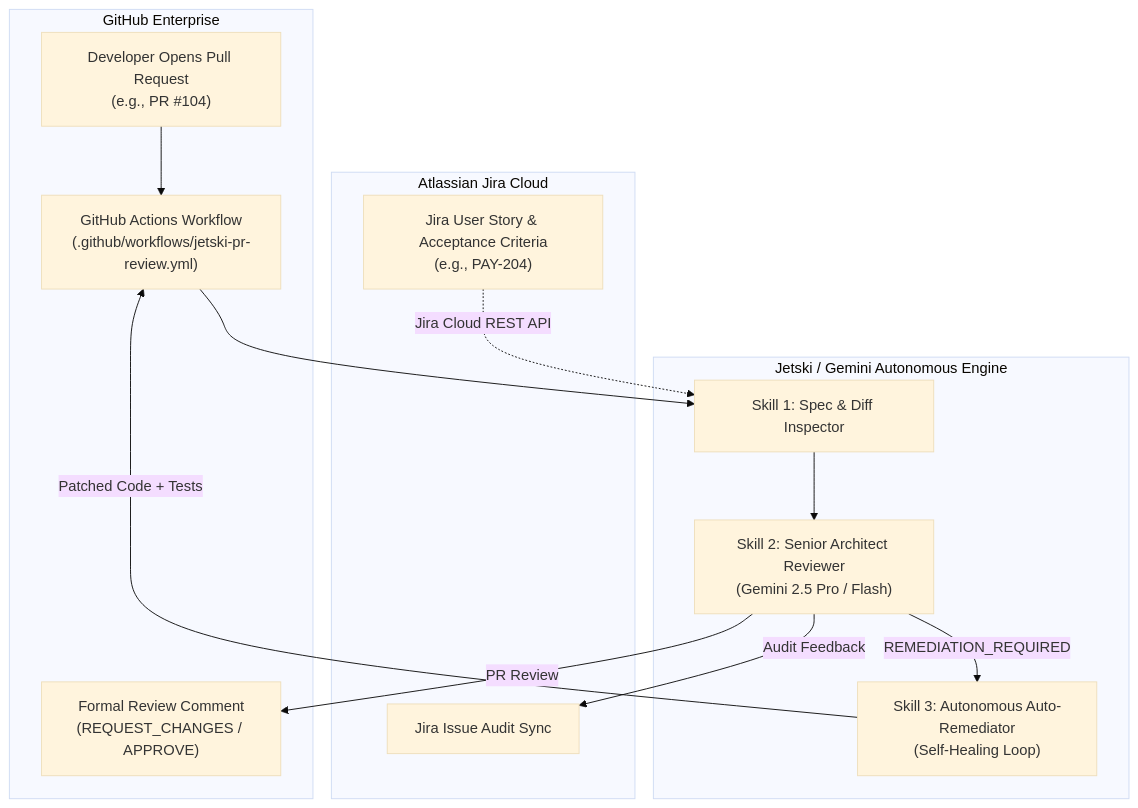
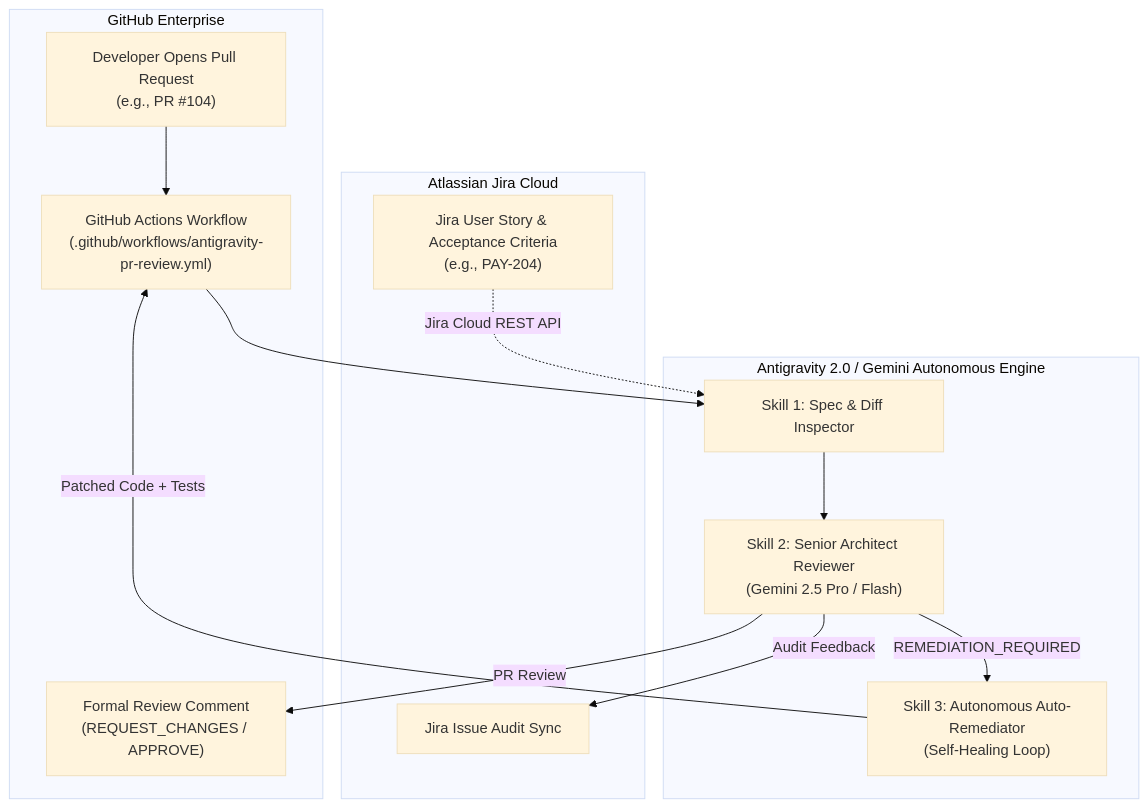
One commit to tuts2024/agy-demo changed the diagram in DEPLOYMENT_GUIDE.md. Above: the diagram before and after it, drawn with Mermaid (base theme). The commit also changed other lines of this file and 14 other files, not shown here.

Commit message:
chore: replace all branding and references from jetski to Antigravity 2.0

````diff
--- a/DEPLOYMENT_GUIDE.md
+++ b/DEPLOYMENT_GUIDE.md
@@ -9,28 +9,28 @@
 ```mermaid
 flowchart TD
     subgraph GitHub["GitHub Enterprise"]
         PR["Developer Opens Pull Request<br/>(e.g., PR #104)"]
-        GHA["GitHub Actions Workflow<br/>(.github/workflows/jetski-pr-review.yml)"]
+        GHA["GitHub Actions Workflow<br/>(.github/workflows/antigravity-pr-review.yml)"]
         PR_COMMENT["Formal Review Comment<br/>(REQUEST_CHANGES / APPROVE)"]
     end
 
     subgraph Atlassian["Atlassian Jira Cloud"]
         JIRA["Jira User Story & Acceptance Criteria<br/>(e.g., PAY-204)"]
         JIRA_COMMENT["Jira Issue Audit Sync"]
     end
 
-    subgraph Agent["Jetski / Gemini Autonomous Engine"]
+    subgraph Agent["Antigravity 2.0 / Gemini Autonomous Engine"]
         INSPECTOR["Skill 1: Spec & Diff Inspector"]
         ARCHITECT["Skill 2: Senior Architect Reviewer<br/>(Gemini 2.5 Pro / Flash)"]
         REMEDIATOR["Skill 3: Autonomous Auto-Remediator<br/>(Self-Healing Loop)"]
     end
 
     PR --> GHA
     GHA --> INSPECTOR
     JIRA -.->|Jira Cloud REST API| INSPECTOR
     INSPECTOR --> ARCHITECT
     ARCHITECT -->|REMEDIATION_REQUIRED| REMEDIATOR
     ARCHITECT -->|Audit Feedback| JIRA_COMMENT
     ARCHITECT -->|PR Review| PR_COMMENT
     REMEDIATOR -->|Patched Code + Tests| GHA
 ```
````
